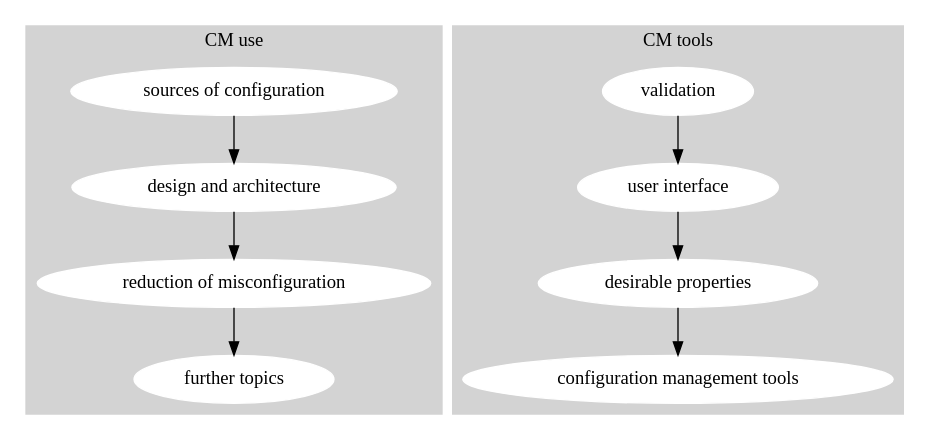
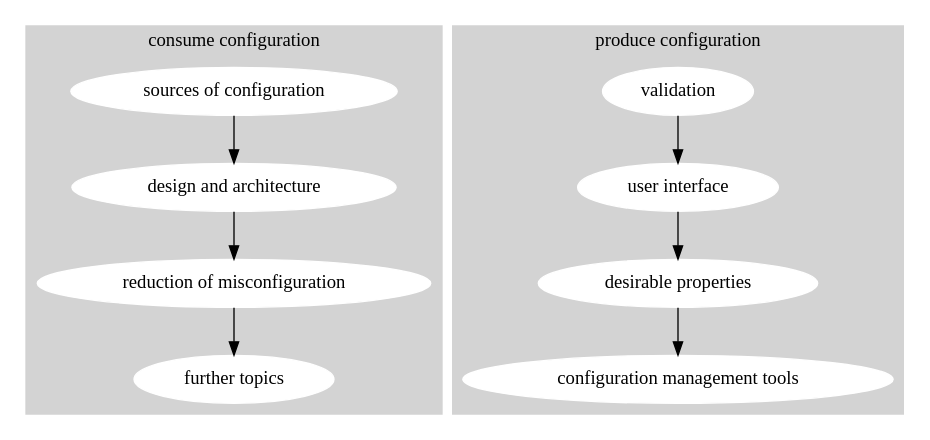
The diagram in slides/dot/topics.dot (ElektraInitiative/book), drawn with Graphviz before and after one commit.

Commit message:
consume/produce fix

```diff
--- a/slides/dot/topics.dot
+++ b/slides/dot/topics.dot
@@ -1,41 +1,41 @@
 /*
 Visualization of topics in CM.
 
 To compile it run:
 	dot -Tpdf topics.dot -o topics.pdf
 
 clusters represent group (CMTools, CMApps)
 
 Naming conventions:
 	i<name>: abstraction of concept (rough idea of it)
 	e<name>: end of document (needed for "See also" section)
 	l<name>: link to document
 	<name>:  all other nodes represent a concept
 */
 digraph G {
 	// start [shape=Mdiamond]; // readers start here
 	// start -> "sources of configuration";
 	subgraph cluster0 {
 		node [style=filled,color=white]; // only for style, can be removed
 		style=filled;                    // only for style, can be removed
 		color=lightgrey;                 // only for style, can be removed
-		label = "CM use";
+		label = "consume configuration";
 		// dependences
 		"sources of configuration" -> "design and architecture";
 		"design and architecture" -> "reduction of misconfiguration";
 		"reduction of misconfiguration" -> "further topics";
 		"further topics";
 	}
 	// uend -> tstart;
 	subgraph cluster1 {
 		node [style=filled,color=white]; // only for style, can be removed
 		style=filled;                    // only for style, can be removed
 		color=lightgrey;                 // only for style, can be removed
-		label = "CM tools";
+		label = "produce configuration";
 		// dependences
 		"validation" -> "user interface";
 		"user interface" -> "desirable properties";
 		"desirable properties" -> "configuration management tools";
 	}
 	// tend -> start;
 }
```
